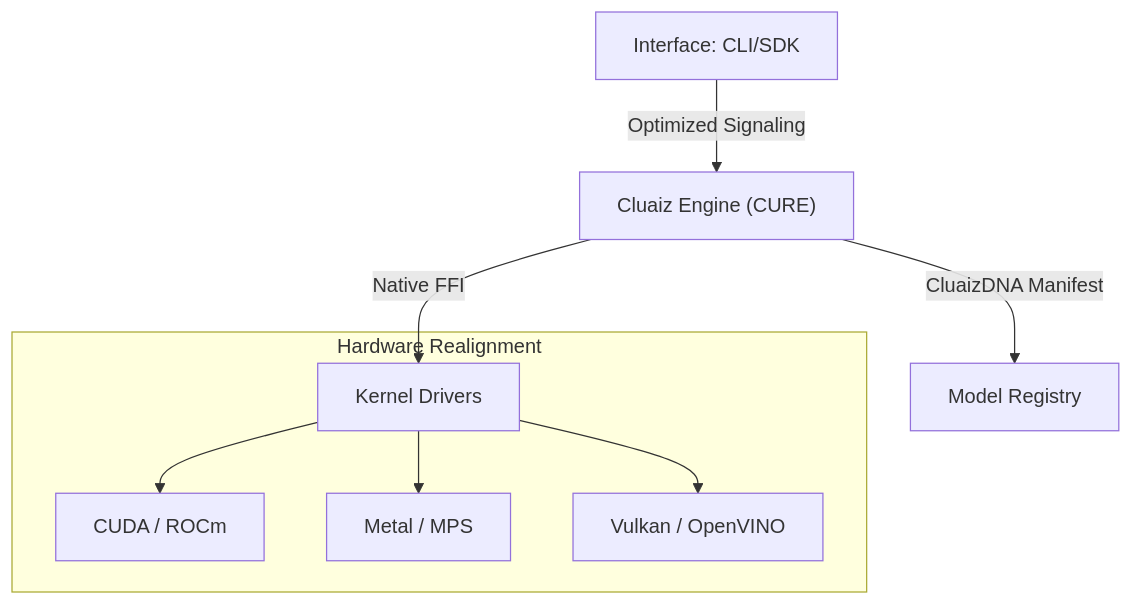
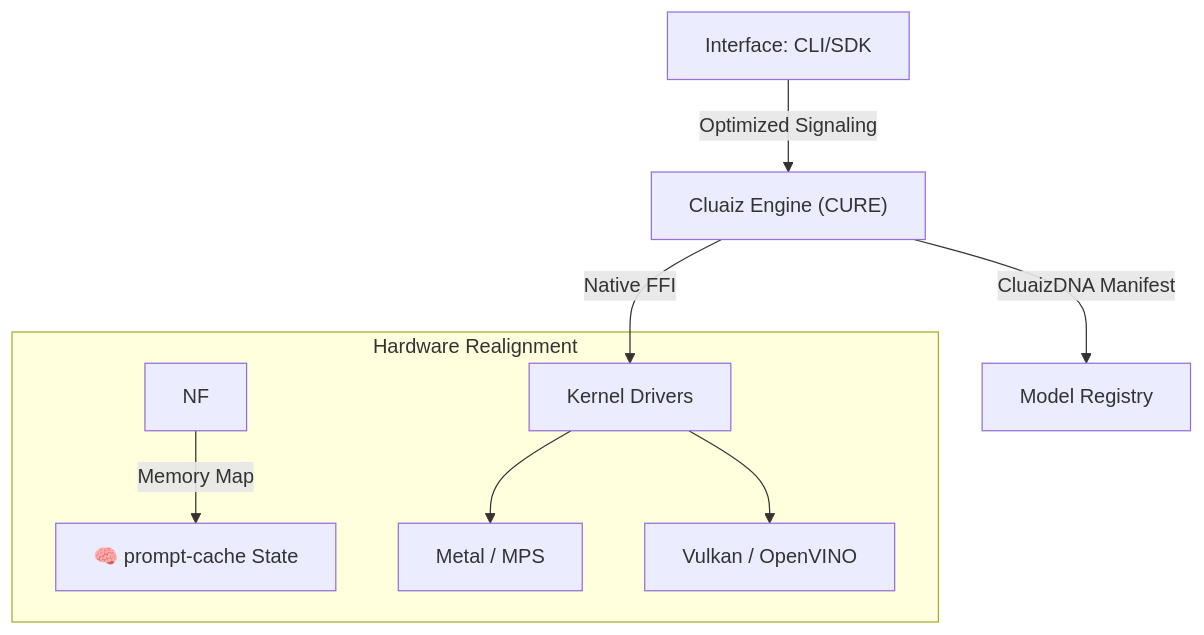
Before and after one commit to ayan-kushwaha/Cluaiz-: the diagram in README.md, drawn with Mermaid. The commit also changed other lines of this file and 14 other files, not shown here.

Commit message:
feat: prompt-cache engine integration, FFI bindings, and auto-generation hooks

````diff
--- a/README.md
+++ b/README.md
@@ -91,12 +91,12 @@
 ```mermaid
 graph TD
     A[Interface: CLI/SDK] -- "Optimized Signaling" --> B["Cluaiz Engine (CURE)"]
     B -- "CluaizDNA Manifest" --> C[Model Registry]
     B -- "Native FFI" --> D[Kernel Drivers]
     
     subgraph "Hardware Realignment"
-        D --> D1[CUDA / ROCm]
+        NF -->|Memory Map| S["🧠 prompt-cache State"]
         D --> D2[Metal / MPS]
         D --> D3[Vulkan / OpenVINO]
     end
 ```
````
